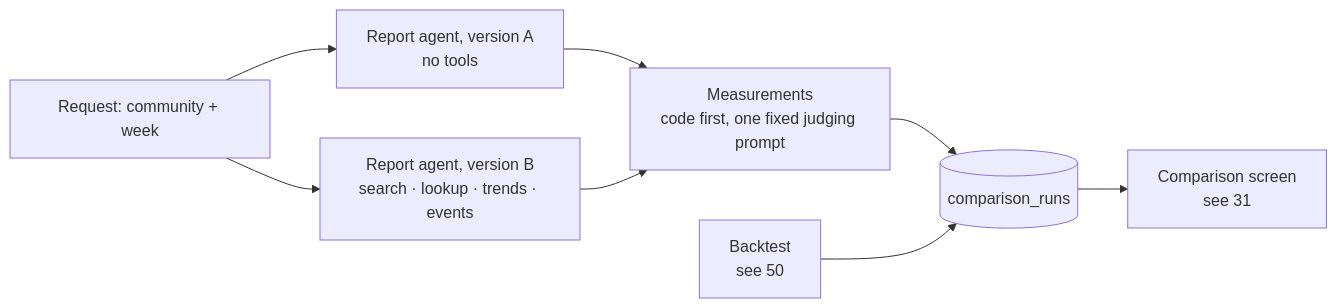
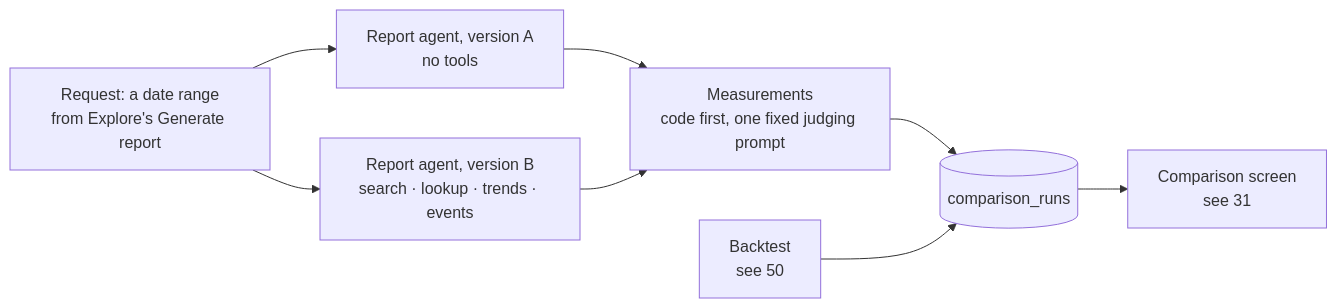
The diagram in docs/atlas/70-comparison.md (brianaderer/transcendent), drawn with Mermaid before and after one commit. The commit also changed other lines of this file and 6 other files, not shown here.

````diff
--- a/docs/atlas/70-comparison.md
+++ b/docs/atlas/70-comparison.md
@@ -9,18 +9,18 @@
 ```mermaid
 flowchart LR
-    REQ["Request: community + week"]
+    REQ["Request: a date range<br/>from Explore's Generate report"]
     A["Report agent, version A<br/>no tools"]
     B["Report agent, version B<br/>search · lookup · trends · events"]
     MEAS["Measurements<br/>code first, one fixed judging prompt"]
     BT["Backtest<br/>see 50"]
     RUN[("comparison_runs")]
     SCR["Comparison screen<br/>see 31"]
 
     REQ --> A
     REQ --> B
     A --> MEAS
     B --> MEAS
     MEAS --> RUN
     BT --> RUN
     RUN --> SCR
 ```
````
